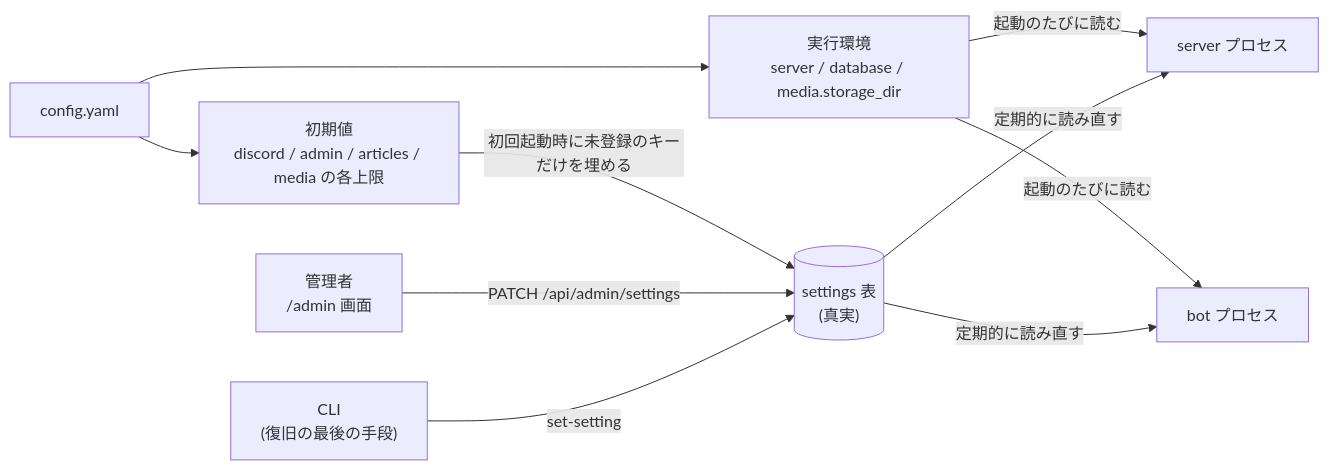
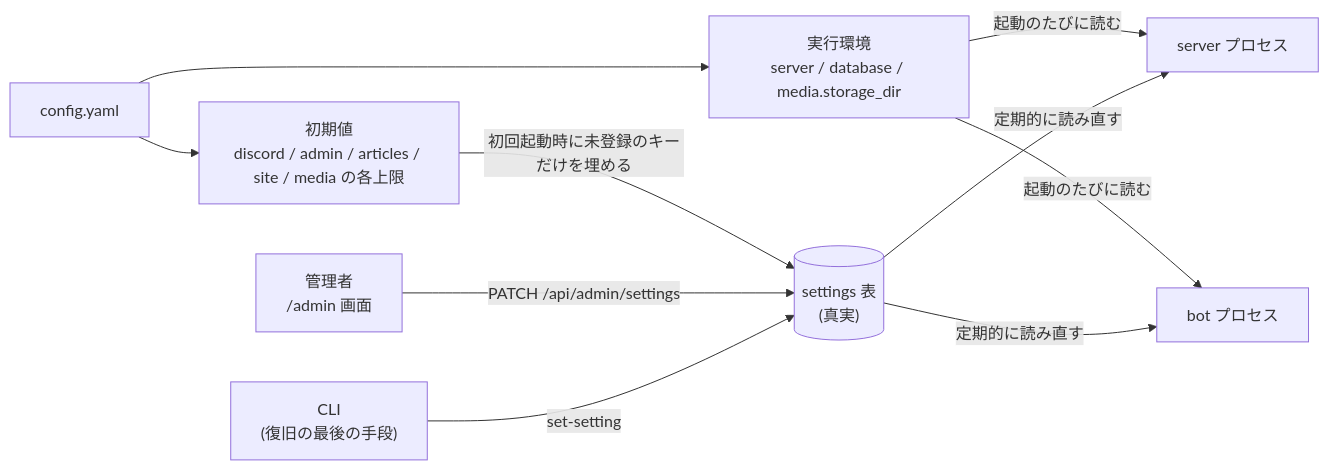
Before and after one commit to h4ribote/instant-news: the diagram in docs/settings.md, drawn with Mermaid. The commit also changed other lines of this file and 26 other files, not shown here.

````diff
--- a/docs/settings.md
+++ b/docs/settings.md
@@ -16,21 +16,21 @@
 ```mermaid
 flowchart LR
     yaml["config.yaml"]
     env["実行環境<br/>server / database / media.storage_dir"]
-    boot["初期値<br/>discord / admin / articles / media の各上限"]
+    boot["初期値<br/>discord / admin / articles / site / media の各上限"]
     db[("settings 表<br/>(真実)")]
     ui["管理者<br/>/admin 画面"]
     cli["CLI<br/>(復旧の最後の手段)"]
     server["server プロセス"]
     bot["bot プロセス"]
 
     yaml --> env
     yaml --> boot
     env -->|起動のたびに読む| server
     env -->|起動のたびに読む| bot
     boot -->|初回起動時に未登録のキーだけを埋める| db
     ui -->|PATCH /api/admin/settings| db
     cli -->|set-setting| db
     db -->|定期的に読み直す| server
     db -->|定期的に読み直す| bot
 ```
````
